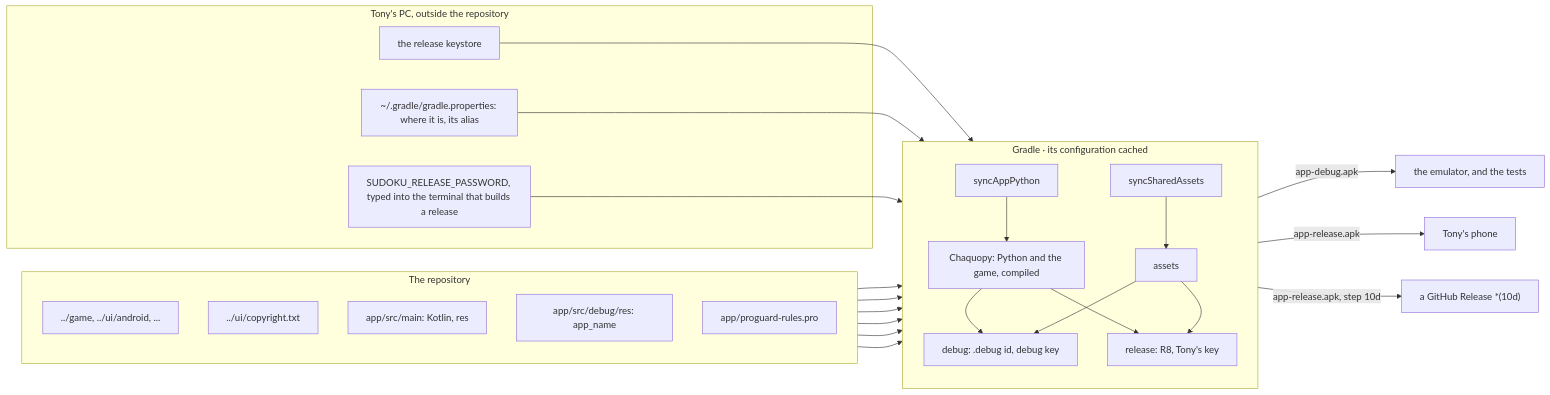
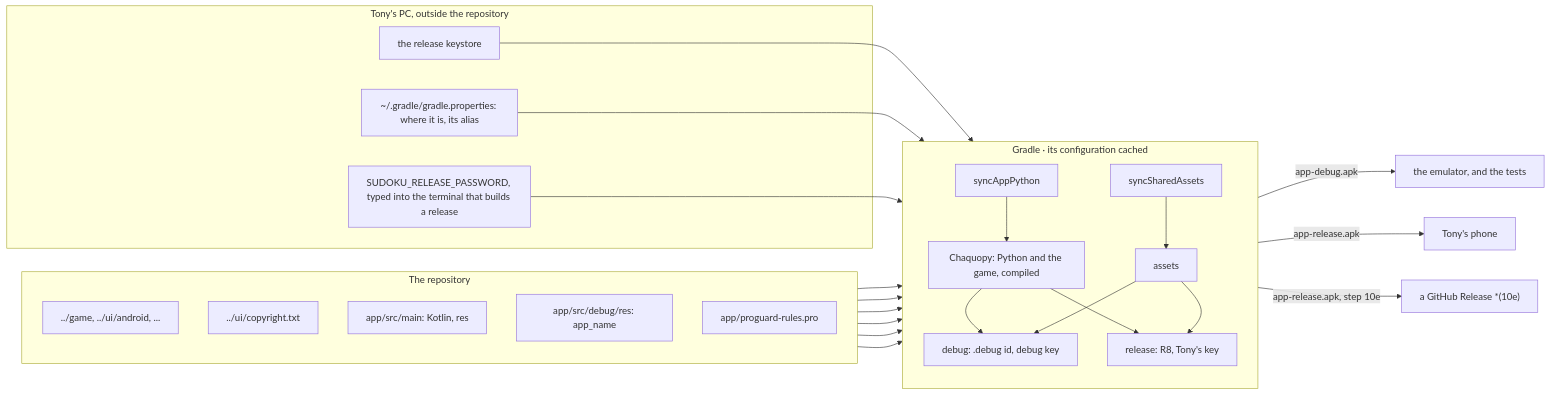
One commit to aivanov61/sudoku-solver changed diagram 19 of 19 in android/docs/architecture.md. Above: the diagram before and after it, drawn with Mermaid. The commit also changed other lines of this file and 18 other files, not shown here.

````diff
--- a/android/docs/architecture.md
+++ b/android/docs/architecture.md
@@ -808,43 +806,43 @@
 ```mermaid
 flowchart LR
     subgraph Repo["The repository"]
         direction TB
         Python["../game, ../ui/android, ..."]
         Copyright["../ui/copyright.txt"]
         Kotlin["app/src/main: Kotlin, res"]
         DebugRes["app/src/debug/res: app_name"]
         Rules["app/proguard-rules.pro"]
     end
 
     subgraph Gradle["Gradle · its configuration cached"]
         direction TB
         syncAppPython --> Chaquopy["Chaquopy: Python and the game, compiled"]
         syncSharedAssets --> Assets["assets"]
         Debug["debug: .debug id, debug key"]
         Release["release: R8, Tony's key"]
     end
 
     subgraph Keys["Tony's PC, outside the repository"]
         Keystore["the release keystore"]
         Props["~/.gradle/gradle.properties: where it is, its alias"]
         Password["SUDOKU_RELEASE_PASSWORD, typed into the terminal that builds a release"]
     end
 
     Python --> syncAppPython
     Copyright --> syncSharedAssets
     Kotlin --> Debug
     Kotlin --> Release
     DebugRes --> Debug
     Rules --> Release
     Chaquopy --> Debug
     Chaquopy --> Release
     Assets --> Debug
     Assets --> Release
     Keystore --> Release
     Props --> Release
     Password --> Release
     Debug -- "app-debug.apk" --> Emulator["the emulator, and the tests"]
     Release -- "app-release.apk" --> Phone["Tony's phone"]
-    Release -- "app-release.apk, step 10d" --> GitHub["a GitHub Release *(10d)"]
+    Release -- "app-release.apk, step 10e" --> GitHub["a GitHub Release *(10e)"]
 
 ```
````
